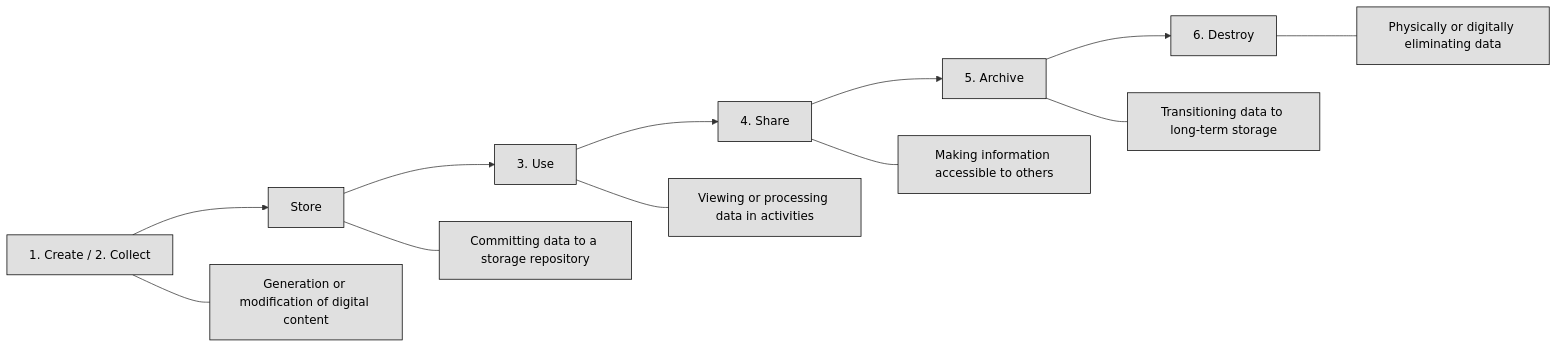
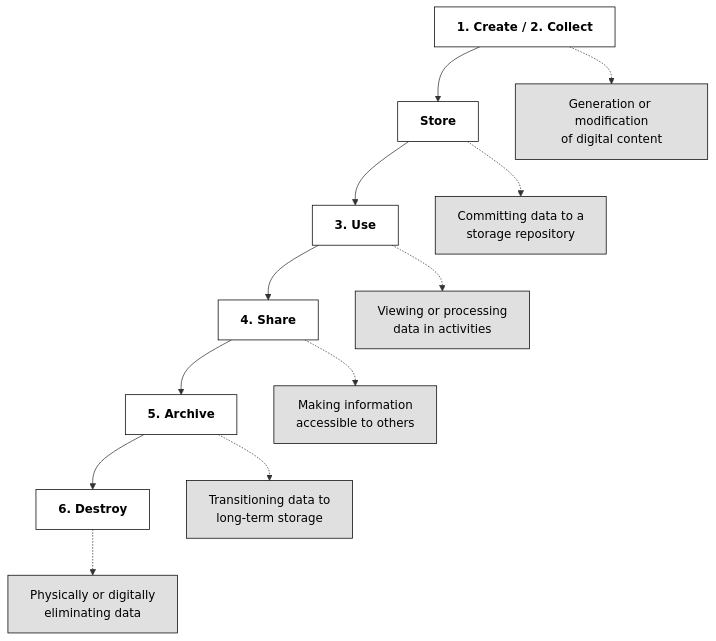
Before and after one commit to lorenzoleonelli/CISSP-Zero-to-Hero: the first of 4 diagrams in DOMAIN2: Asset Security/2.04 Manage Data Lifecycle.md, drawn with Mermaid. The commit also changed other lines of this file, not shown here.

Commit message:
Update 2.04 Manage Data Lifecycle.md

````diff
--- a/DOMAIN2: Asset Security/2.04 Manage Data Lifecycle.md
+++ b/DOMAIN2: Asset Security/2.04 Manage Data Lifecycle.md
@@ -104,21 +105,22 @@
 ```mermaid
-flowchart LR
-  A[1. Create / 2. Collect] --> B[Store]
-  B --> C[3. Use]
-  C --> D[4. Share]
-  D --> E[5. Archive]
-  E --> F[6. Destroy]
+flowchart TD
+    A[1. Create / 2. Collect] --> B[Store]
+    B --> C[3. Use]
+    C --> D[4. Share]
+    D --> E[5. Archive]
+    E --> F[6. Destroy]
 
-
-
-  
-  A --- A1[Generation or modification of digital content]
-  B --- B1[Committing data to a storage repository]
-  C --- C1[Viewing or processing data in activities]
-  D --- D1[Making information accessible to others]
-  E --- E1[Transitioning data to long‑term storage]
-  F --- F1[Physically or digitally eliminating data]
+    %% Descriptions linked with dotted lines for better visual flow
+    A -.-> A1["Generation or modification<br/>of digital content"]
+    B -.-> B1["Committing data to a<br/>storage repository"]
+    C -.-> C1["Viewing or processing<br/>data in activities"]
+    D -.-> D1["Making information<br/>accessible to others"]
+    E -.-> E1["Transitioning data to<br/>long-term storage"]
+    F -.-> F1["Physically or digitally<br/>eliminating data"]
 
     classDef center fill:#ffffff,color:#000000,stroke:#000000,stroke-width:1px,font-weight:bold
     classDef node fill:#e0e0e0,color:#000000,stroke:#000000,stroke-width:1px
+
+    class A,B,C,D,E,F center
+    class A1,B1,C1,D1,E1,F1 node
 ```
````
